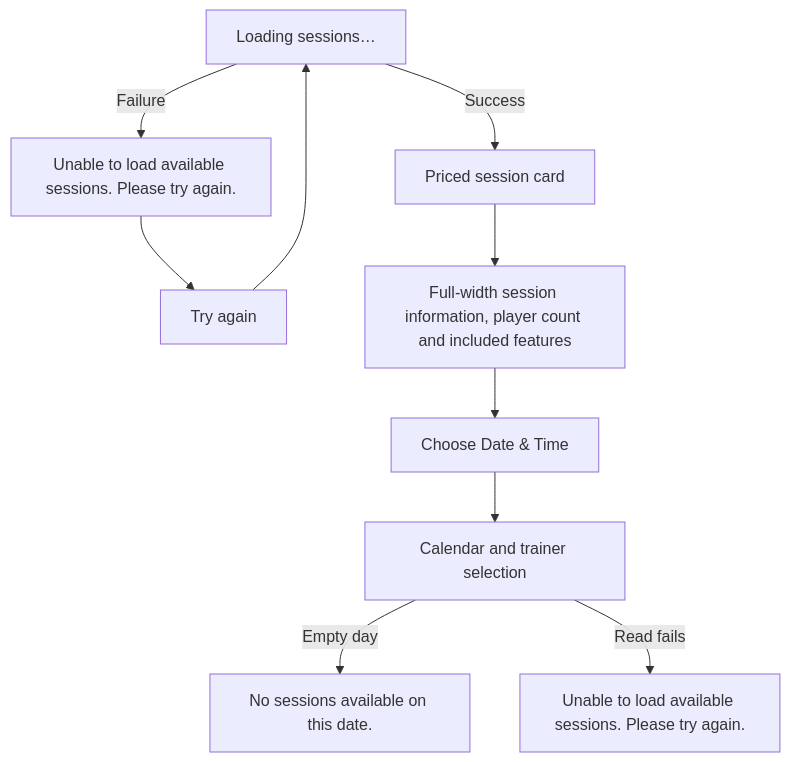
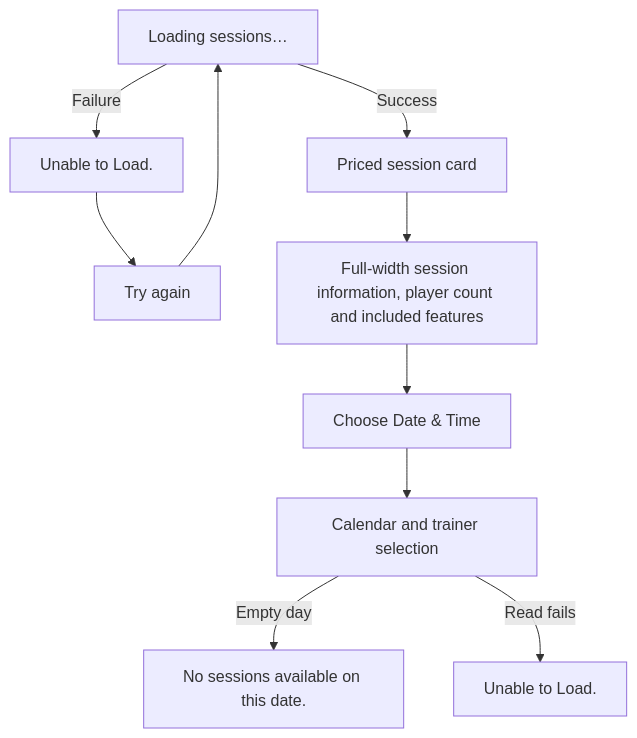
One commit to soccerbotstudiosg/soccerbotstudioSG changed the fourth of 19 diagrams in docs/booking-flows.md. Above: the diagram before and after it, drawn with Mermaid. The commit also changed other lines of this file and 56 other files, not shown here.

````diff
--- a/docs/booking-flows.md
+++ b/docs/booking-flows.md
@@ -58,11 +62,11 @@
 ```mermaid
 flowchart TD
-  A["Loading sessions…"] -->|Failure| B["Unable to load available sessions. Please try again."]
+  A["Loading sessions…"] -->|Failure| B["Unable to Load."]
   B --> C["Try again"] --> A
   A -->|Success| D["Priced session card"]
   D --> E["Full-width session information, player count and included features"]
   E --> F["Choose Date & Time"]
   F --> G["Calendar and trainer selection"]
   G -->|Empty day| H["No sessions available on this date."]
-  G -->|Read fails| I["Unable to load available sessions. Please try again."]
+  G -->|Read fails| I["Unable to Load."]
 ```
````
